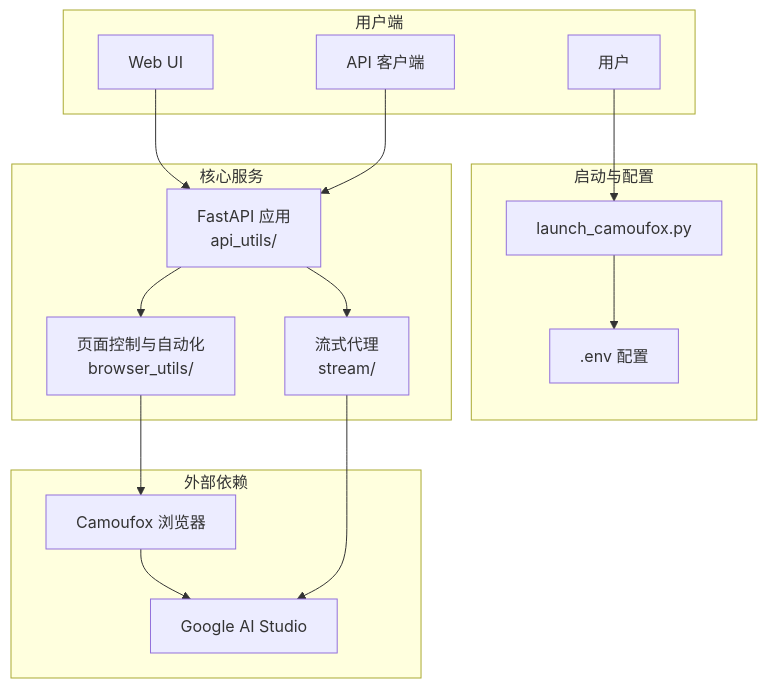
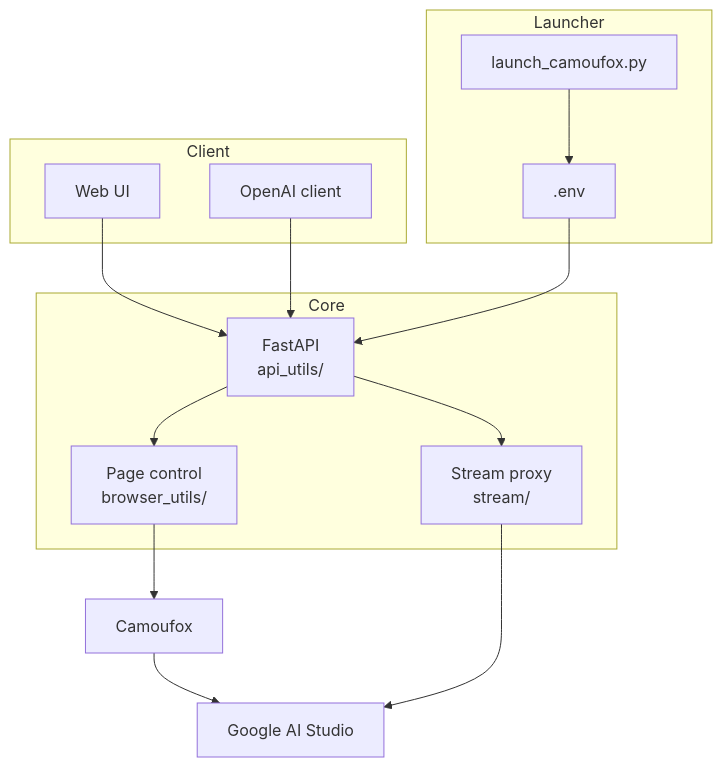
Before and after one commit to Kaiso-666/aistudio-proxy-api: the diagram in README.md, drawn with Mermaid. The commit also changed other lines of this file, not shown here.

````diff
--- a/README.md
+++ b/README.md
@@ -78,33 +194,27 @@
 ```mermaid
 graph TD
-    subgraph "用户端"
-        User["用户"]
-        WebUI["Web UI"]
-        APIClient["API 客户端"]
+    subgraph Client
+        UI["Web UI"]
+        API["OpenAI client"]
     end
 
-    subgraph "启动与配置"
-        Launcher["launch_camoufox.py"]
-        Env[".env 配置"]
+    subgraph Launcher
+        L["launch_camoufox.py"]
+        E[".env"]
     end
 
-    subgraph "核心服务"
-        FastAPI["FastAPI 应用<br/>api_utils/"]
-        BrowserOps["页面控制与自动化<br/>browser_utils/"]
-        StreamProxy["流式代理<br/>stream/"]
+    subgraph Core
+        F["FastAPI<br/>api_utils/"]
+        B["Page control<br/>browser_utils/"]
+        S["Stream proxy<br/>stream/"]
     end
 
-    subgraph "外部依赖"
-        Camoufox["Camoufox 浏览器"]
-        AIStudio["Google AI Studio"]
-    end
-
-    User --> Launcher
-    Launcher --> Env
-    WebUI --> FastAPI
-    APIClient --> FastAPI
-    FastAPI --> BrowserOps
-    FastAPI --> StreamProxy
-    BrowserOps --> Camoufox --> AIStudio
-    StreamProxy --> AIStudio
+    UI --> F
+    API --> F
+    L --> E --> F
+    F --> B
+    F --> S
+    B --> C["Camoufox"]
+    C --> G["Google AI Studio"]
+    S --> G
 ```
````
